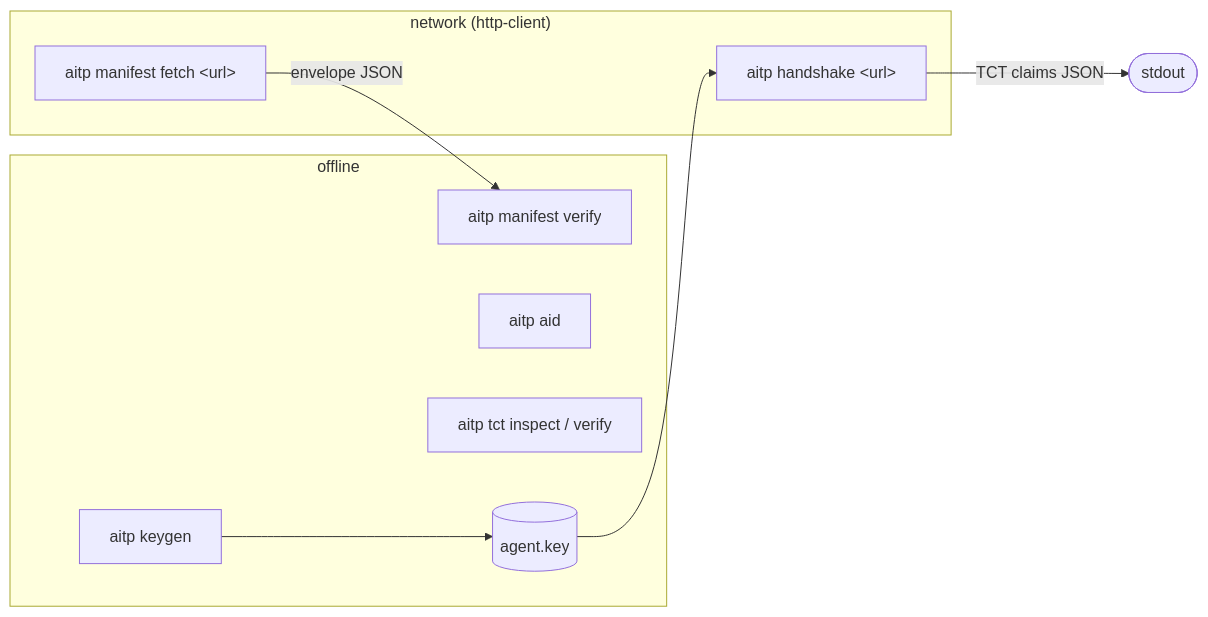
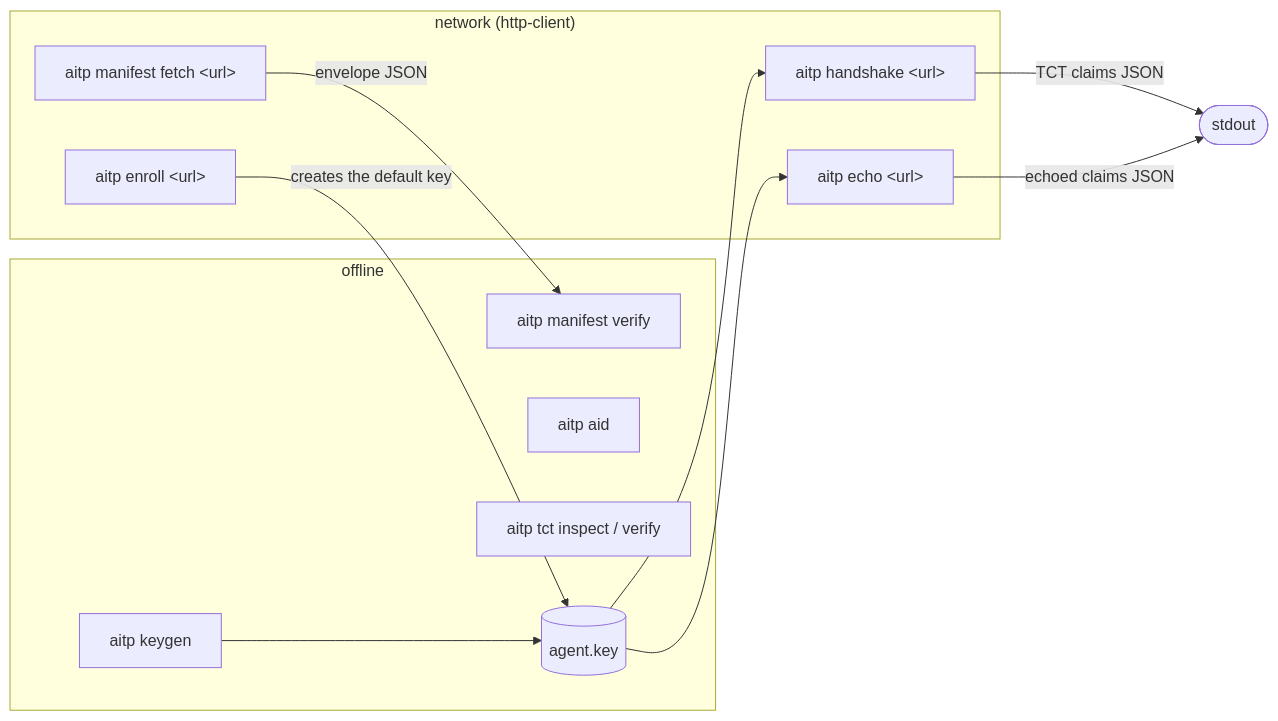
Before and after one commit to agentidentitytrustprotocol/aitp-rs: the diagram in docs/cli.md, drawn with Mermaid. The commit also changed other lines of this file and 28 other files, not shown here.

First line of the commit message:
feat(cli,transport-http)!: interop peer `aitp serve --interop` with key enrolment and PoP `/echo` (RS4.2) (#354)

````diff
--- a/docs/cli.md
+++ b/docs/cli.md
@@ -13,16 +19,21 @@
 ```mermaid
 flowchart LR
     subgraph offline["offline"]
         keygen["aitp keygen"] --> keyfile[("agent.key")]
         aid["aitp aid"]
         tct["aitp tct inspect / verify"]
         mverify["aitp manifest verify"]
     end
     subgraph network["network (http-client)"]
         mfetch["aitp manifest fetch &lt;url&gt;"]
+        enroll["aitp enroll &lt;url&gt;"]
         hs["aitp handshake &lt;url&gt;"]
+        echo["aitp echo &lt;url&gt;"]
     end
     keyfile --> hs
+    keyfile --> echo
+    echo -- "echoed claims JSON" --> out
+    enroll -- "creates the default key" --> keyfile
     mfetch -- "envelope JSON" --> mverify
     hs -- "TCT claims JSON" --> out(["stdout"])
 ```
````
